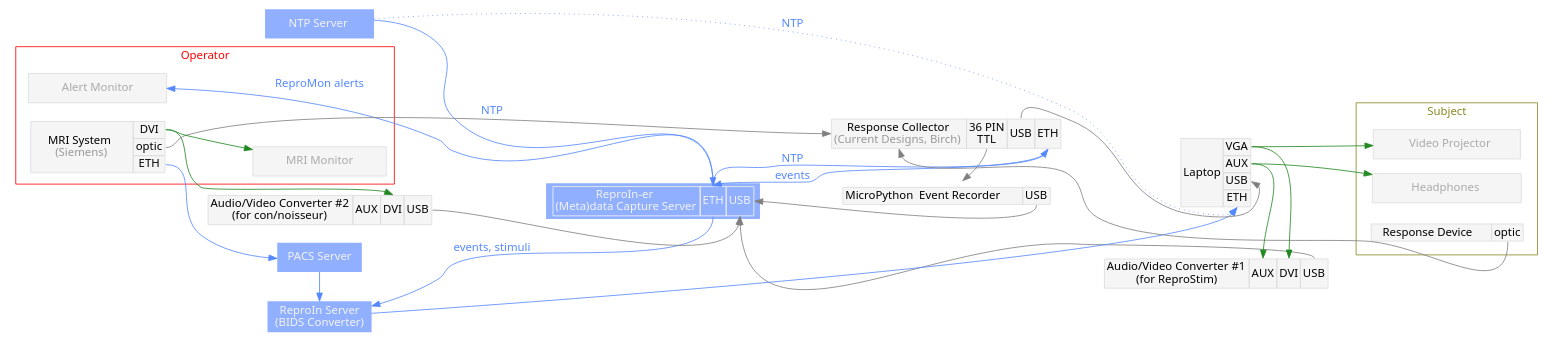
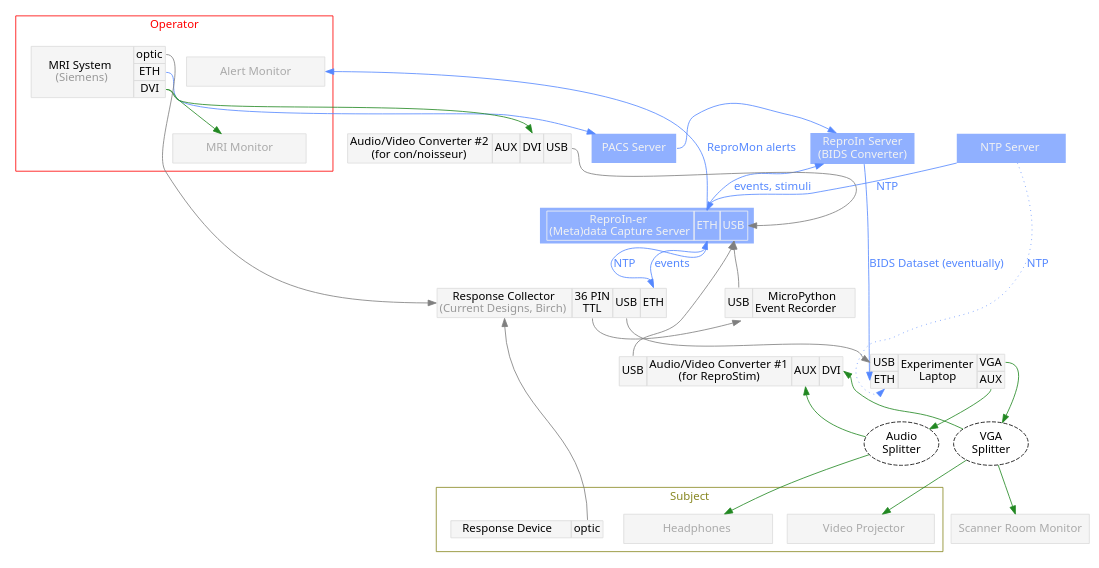
One commit to ReproNim/reprostim changed the diagram in docs/environment.dot. Above: the diagram before and after it, drawn with Graphviz.

Commit message:
added splitters and trying to make it somehow work

```diff
--- a/docs/environment.dot
+++ b/docs/environment.dot
@@ -2,17 +2,17 @@
     //newrank=true;
 //    size="14,8";
     graph [fontname = "sans", margin=0, splines=spline];
-    rankdir="LR";
+    rankdir="TB";
     node [fontname = "sans", style=filled];
     edge [fontname = "sans", color=gray50];
     ntp[label="      NTP Server      ", shape=none, fillcolor="#90B0FF", color=none, fontcolor=gray95]
-    aud[
+    mag1[
         label =<<TABLE BORDER="0" CELLBORDER="1" CELLSPACING="0" BGCOLOR="grey96">
                 <TR>
-                    <TD PORT="a">Audio/Video Converter #1<br/>(for ReproStim)</TD>
+                    <TD PORT="usb">USB</TD>
+ 				    <TD PORT="a">Audio/Video Converter #1<br/>(for ReproStim)</TD>
 					<TD PORT="aux">AUX</TD>
                     <TD PORT="dvi">DVI</TD>
-                    <TD PORT="usb">USB</TD>
                 </TR>
             </TABLE>>
             fillcolor=none;
@@ -22,8 +22,8 @@
     eve[
         label =<<TABLE BORDER="0" CELLBORDER="1" CELLSPACING="0" BGCOLOR="grey96">
                 <TR>
-                    <TD> MicroPython  Event Recorder     </TD>
                     <TD PORT="usb">USB</TD>
+					<TD> MicroPython<br/>Event Recorder     </TD>
                 </TR>
             </TABLE>>
             fillcolor=none;
@@ -59,7 +59,7 @@
 //    ];
     bid[label="ReproIn Server\n(BIDS Converter)", shape=none, fillcolor="#90B0FF", color=none, fontcolor=gray95];
 		// shape=box, color="#BBBBBB", fillcolor=grey93];
-    dis[
+    mag2[
         label =<<TABLE BORDER="0" CELLBORDER="1" CELLSPACING="0" BGCOLOR="grey96">
                 <TR>
                     <TD PORT="a">Audio/Video Converter #2<br/>(for con/noisseur)</TD>
@@ -95,16 +95,15 @@
         mri[
             label =<<TABLE BORDER="0" CELLBORDER="1" CELLSPACING="0" BGCOLOR="grey96">
                     <TR><TD ROWSPAN="4">      MRI System     <BR/><FONT COLOR="#999999">(Siemens)</FONT></TD></TR>
-					<TR>
-                        <TD PORT="dvi">DVI</TD>
-                    </TR>
                     <TR>
                         <TD PORT="optic">optic</TD>
                     </TR>
                     <TR>
                         <TD PORT="eth">ETH</TD>
                     </TR>
-			
+					<TR>
+                        <TD PORT="dvi">DVI</TD>
+                    </TR>
 					</TABLE>>
                 fillcolor=none,
                 shape=none,
@@ -142,30 +141,40 @@
 
         per[
             label =<<TABLE BORDER="0" CELLBORDER="1" CELLSPACING="0" BGCOLOR="grey96">
-                    <TR><TD ROWSPAN="5">Laptop</TD></TR>
-                    <TR>
-                        <TD PORT="vga">VGA</TD>
-                    </TR>
-                    <TR>
-                        <TD PORT="aux">AUX</TD>
-                    </TR>
-                    <TR>
-                        <TD PORT="usb">USB</TD>
-                    </TR>
-                    <TR>
-                        <TD PORT="eth">ETH</TD>
-                    </TR>
-				</TABLE>>
+            <TR>
+              <TD PORT="usb">USB</TD>
+			  <TD ROWSPAN="2">Experimenter<br/>Laptop</TD>
+              <TD PORT="vga">VGA</TD>
+ 		    </TR>
+			<TR>
+              <TD PORT="eth">ETH</TD>
+              <TD PORT="aux">AUX</TD>
+              </TR>
+			  </TABLE>>
                 fillcolor=none;
                 shape=none;
                 color="#DDDDDD",
         ];
 	}
 
+	srm[label="Scanner Room Monitor", shape=box, color="#DDDDDD", fillcolor=grey96, fontcolor="#AAAAAA"];
+
+	vgasplit[label="VGA\nSplitter", shape=oval, style=dashed];
+	auxsplit[label="Audio\nSplitter", shape=oval, style=dashed];
+
     mri:dvi -> mrm[//constraint=false,
 				   color="#228822"];
-    per:vga -> vid[color="#228822"];
-    per:aux -> hea[color="#228822"];
+
+	per:vga -> vgasplit[color="#228822", weight=15];
+	vgasplit -> srm[color="#228822"];
+    vgasplit -> vid[color="#228822"];
+    vgasplit -> mag1:dvi[color="#228822",
+					 ];
+
+	per:aux -> auxsplit[color="#228822", weight=15];
+    auxsplit -> hea[color="#228822"];
+    auxsplit -> mag1:aux[color="#228822"];
+
 	rec:usb -> per:usb;
 	dat:eth -> rec:eth[label="NTP", color="#5588FF", fontcolor="#5588FF"];
 	rec:eth -> dat:eth[label="events", color="#5588FF", fontcolor="#5588FF"];
@@ -173,32 +182,28 @@
     res:optic -> rec:a;
     rec:ttl -> eve;
     eve:usb -> dat:usb;
-    mri:dvi -> dis:dvi[color="#228822"];
-    per:vga -> aud:dvi[color="#228822",
-					 //weight=5
-					 ];
-    per:aux -> aud:aux[color="#228822"];
+    mri:dvi -> mag2:dvi[color="#228822"];
     mri:eth -> pac[color="#5588FF", fontcolor="#5588FF"];
-    pac -> bid[color="#5588FF", fontcolor="#5588FF"];
+    pac:e -> bid[color="#5588FF", fontcolor="#5588FF"];
     dat:eth -> bid[label="events, stimuli", color="#5588FF", fontcolor="#5588FF"];
-    dis:usb -> dat:usb;
-    ntp:eth -> dat:eth[label="NTP",
+    mag2:usb -> dat:usb;
+    ntp -> dat:eth[label="NTP",
 			   color="#5588FF", fontcolor="#5588FF"];
-    aud:usb -> dat:usb;
-    dat:eth -> ale[label="ReproMon alerts", // weight=3,
+    mag1:usb -> dat:usb:s;
+    dat:eth -> ale:e[label="ReproMon alerts",
 				   color="#5588FF", fontcolor="#5588FF"];
-	bid -> per:eth[color="#5588FF", fontcolor="#5588FF"];
+	bid -> per:eth[label="BIDS Dataset (eventually)", color="#5588FF", fontcolor="#5588FF"];
 	ntp -> per:eth[label="NTP",
 			   color="#5588FF", fontcolor="#5588FF", style="dotted"];
     //{ rank=same; op1; op2; }
-//    { rank=same; aud; rec; dis; pac; eve}
-    //{ rank=same; aud; rec; dis; pac; vid; hea; res }
-    //{ rank=same; aud; rec; dis; pac; hea; vid; res}
+//    { rank=same; mag1; rec; mag2; pac; eve}
+    //{ rank=same; mag1; rec; mag2; pac; vid; hea; res }
+    //{ rank=same; mag1; rec; mag2; pac; hea; vid; res}
     //{ rank=same; mri; pac; }
 	//    { rank=same; ntp; dat; bid; }
-	{ rank=same; ntp; bid; pac; }
+	{ rank=same; pac; ntp; bid; }
 	{ rank=same; eve; rec; }
-	{ rank=same; aud; per; }  // laptop and recording nearby
+	{ rank=same; mag1; per; }  // laptop and recording nearby
     //{ rank=same; dvi; aux; vga; }
     //{ rank=same; per; mri; mrm; vid; hea; res; }
     //{ rank=same; cluster_subject; cluster_operator; }
```
